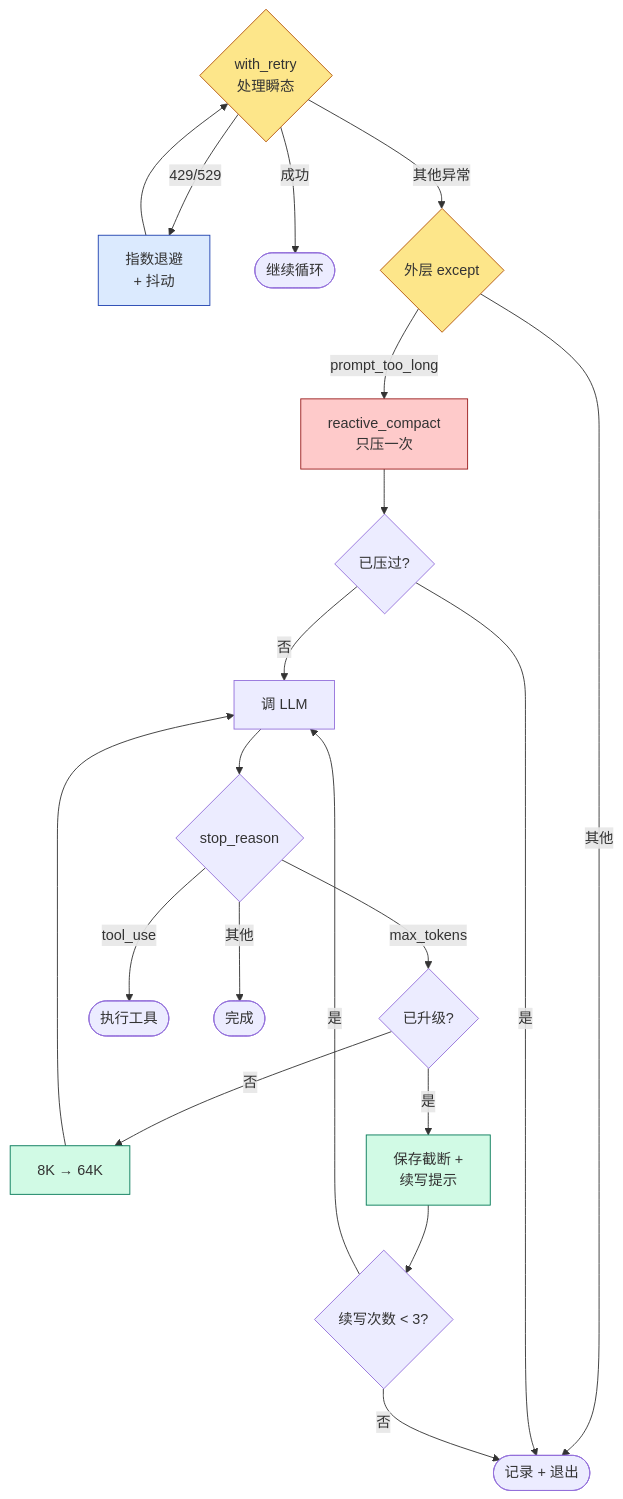
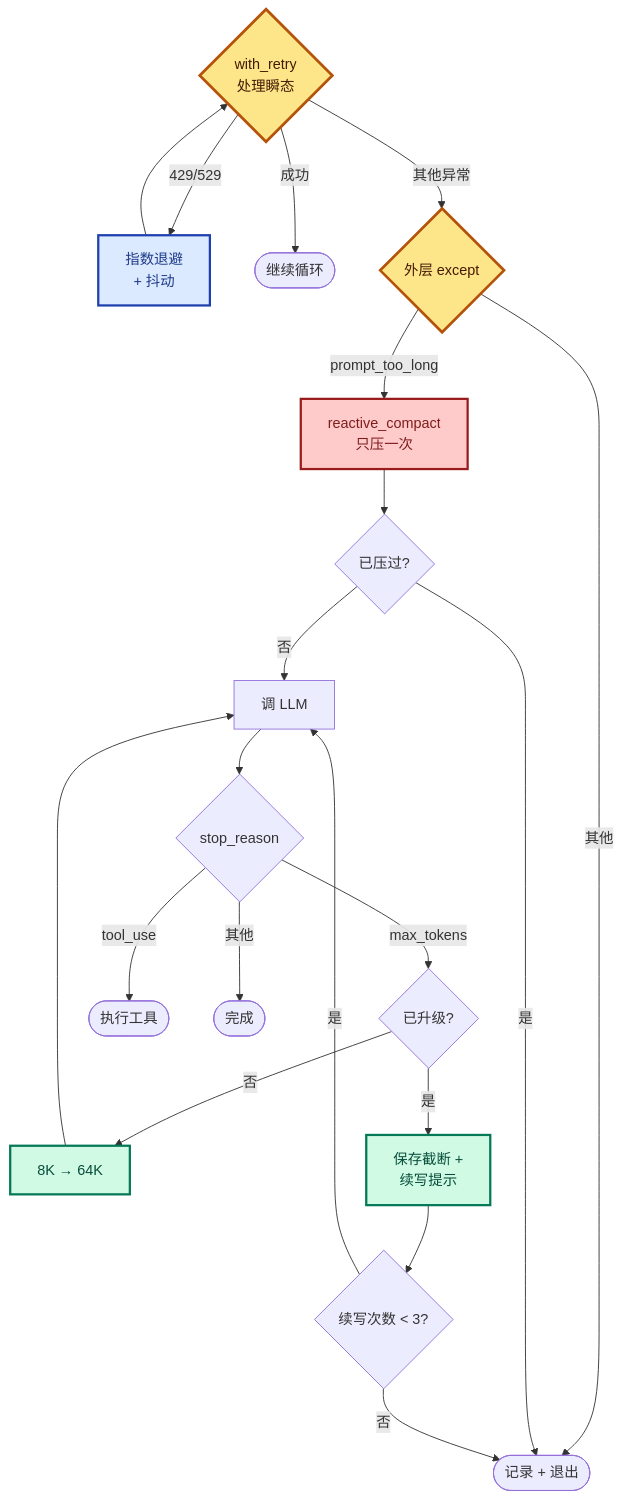
The diagram in Agent/Harness/Claude Code/Phase 3 - 记忆与恢复/11 - Error Recovery.md (PyrePuin/From-Zero-LLM-Agent-Infra-Notes), drawn with Mermaid before and after one commit. The commit also changed 23 other files, not shown here.

First line of the commit message:
refactor(mermaid): 统一所有图的视觉规范

````diff
--- a/Agent/Harness/Claude Code/Phase 3 - 记忆与恢复/11 - Error Recovery.md
+++ b/Agent/Harness/Claude Code/Phase 3 - 记忆与恢复/11 - Error Recovery.md
@@ -66,32 +66,33 @@
 ```mermaid
+%%{init: {'themeVariables': {'fontSize': '16px', 'fontFamily': 'ui-sans-serif, system-ui, -apple-system, "Segoe UI", Roboto, sans-serif'}}}%%
 flowchart TD
     Call["调 LLM"]
     Try{"with_retry<br/>处理瞬态"}
     Try -->|429/529| Backoff["指数退避<br/>+ 抖动"]
     Backoff --> Try
     Try -->|成功| OK(["继续循环"])
     Try -->|其他异常| Outer{"外层 except"}
     Outer -->|prompt_too_long| Compact["reactive_compact<br/>只压一次"]
     Outer -->|其他| Exit(["记录 + 退出"])
     Compact --> Retry2{"已压过?"}
     Retry2 -->|否| Call
     Retry2 -->|是| Exit
 
     Call --> Stop{"stop_reason"}
     Stop -->|max_tokens| Esc{"已升级?"}
     Esc -->|否| Up["8K → 64K"]
     Up --> Call
     Esc -->|是| Cont["保存截断 +<br/>续写提示"]
     Cont --> Retry3{"续写次数 < 3?"}
     Retry3 -->|是| Call
     Retry3 -->|否| Exit
     Stop -->|tool_use| Tools(["执行工具"])
     Stop -->|其他| Done(["完成"])
 
-    style Try fill:#fde68a,stroke:#b45309
-    style Outer fill:#fde68a,stroke:#b45309
-    style Backoff fill:#dbeafe,stroke:#1e40af
-    style Up fill:#d1fae5,stroke:#047857
-    style Cont fill:#d1fae5,stroke:#047857
-    style Compact fill:#fecaca,stroke:#991b1b
+    style Try fill:#fde68a,stroke:#b45309,stroke-width:3px,color:#451a03
+    style Outer fill:#fde68a,stroke:#b45309,stroke-width:3px,color:#451a03
+    style Backoff fill:#dbeafe,stroke:#1e40af,stroke-width:2.5px,color:#1e3a8a
+    style Up fill:#d1fae5,stroke:#047857,stroke-width:2.5px,color:#064e3b
+    style Cont fill:#d1fae5,stroke:#047857,stroke-width:2.5px,color:#064e3b
+    style Compact fill:#fecaca,stroke:#991b1b,stroke-width:2.5px,color:#7f1d1d
 ```
````
